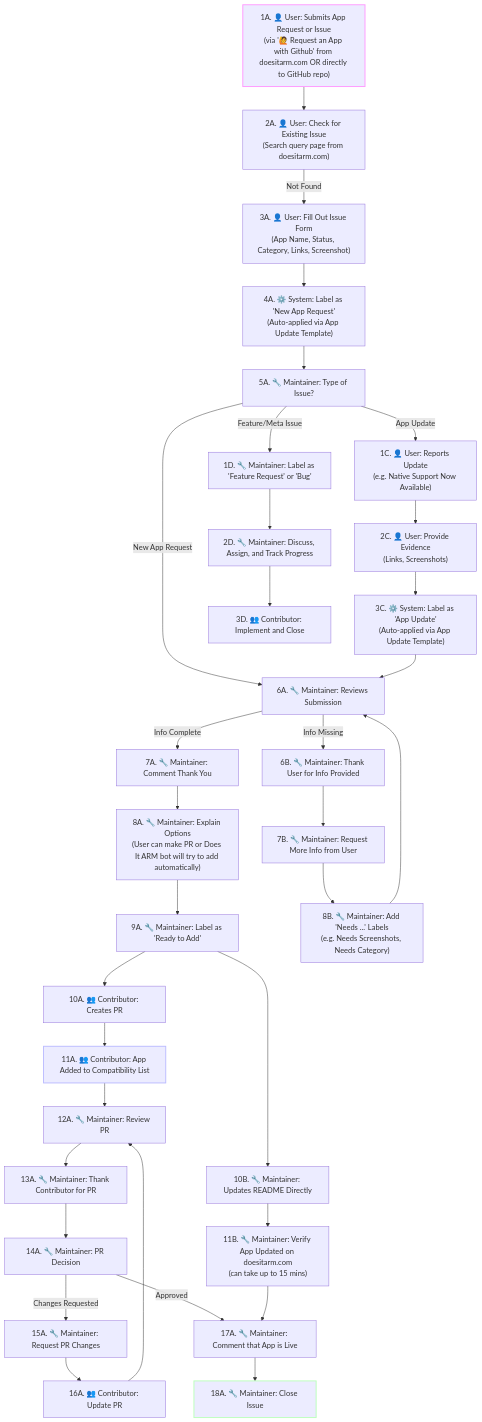
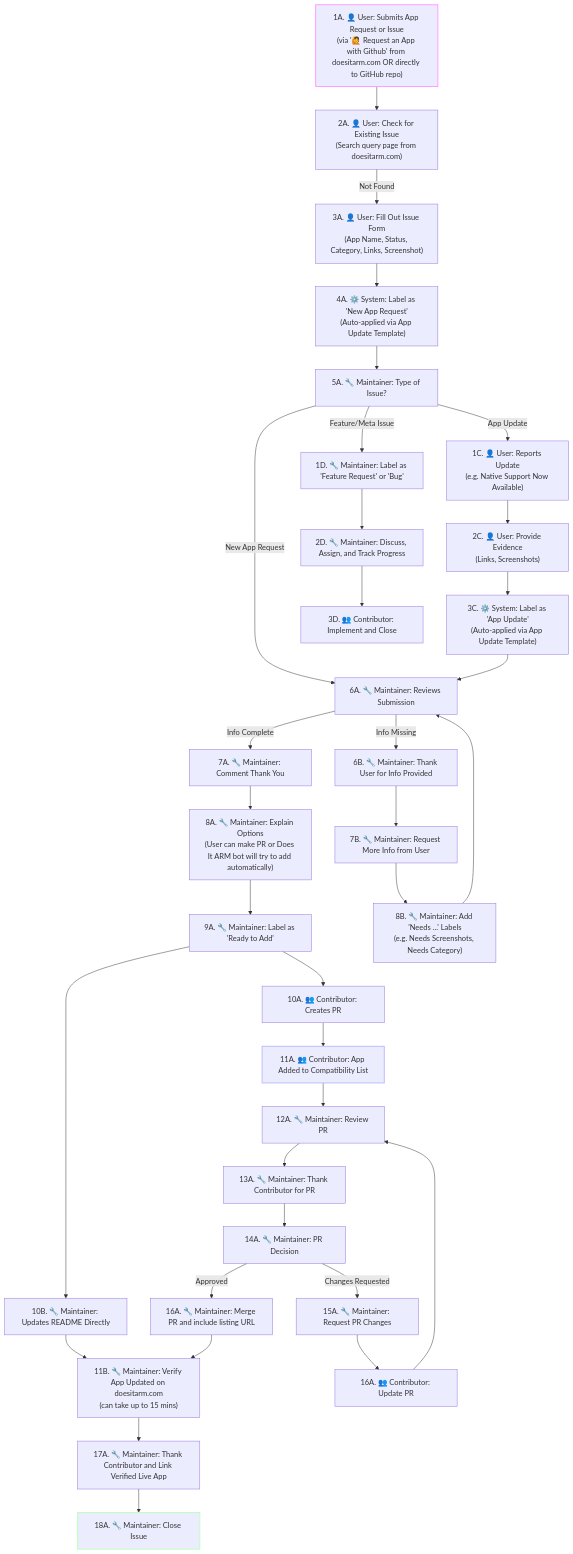
One commit to ThatGuySam/doesitarm changed the diagram in docs/app-flow.md. Above: the diagram before and after it, drawn with Mermaid. The commit also changed other lines of this file, not shown here.

Commit message:
Document direct app links and verified contributor follow-up

````diff
--- a/docs/app-flow.md
+++ b/docs/app-flow.md
@@ -16,42 +35,43 @@
 ```mermaid
 flowchart TD
     A["1A. 👤 User: Submits App Request or Issue<br/>(via '🙋 Request an App with Github' from doesitarm.com OR directly to GitHub repo)"] --> B["2A. 👤 User: Check for Existing Issue<br/>(Search query page from doesitarm.com)"]
     B -- Not Found --> C["3A. 👤 User: Fill Out Issue Form<br/>(App Name, Status, Category, Links, Screenshot)"]
     C --> D["4A. ⚙️ System: Label as 'New App Request'<br/>(Auto-applied via App Update Template)"]
     D --> E["5A. 🔧 Maintainer: Type of Issue?"]
     E -- New App Request --> F["6A. 🔧 Maintainer: Reviews Submission"]
     F -- Info Complete --> F2["7A. 🔧 Maintainer: Comment Thank You"]
     F2 --> F3["8A. 🔧 Maintainer: Explain Options<br/>(User can make PR or Does It ARM bot will try to add automatically)"]
     F3 --> G["9A. 🔧 Maintainer: Label as 'Ready to Add'"]
     F -- Info Missing --> H0["6B. 🔧 Maintainer: Thank User for Info Provided"]
     H0 --> H["7B. 🔧 Maintainer: Request More Info from User"]
     H --> H2["8B. 🔧 Maintainer: Add 'Needs ...' Labels<br/>(e.g. Needs Screenshots, Needs Category)"]
     H2 --> F
     
     G --> I["10A. 👥 Contributor: Creates PR"]
     G --> I2["10B. 🔧 Maintainer: Updates README Directly"]
     I --> J["11A. 👥 Contributor: App Added to Compatibility List"]
     I2 --> I3["11B. 🔧 Maintainer: Verify App Updated on doesitarm.com<br/>(can take up to 15 mins)"]
     J --> J1["12A. 🔧 Maintainer: Review PR"]
     J1 --> J2["13A. 🔧 Maintainer: Thank Contributor for PR"]
     J2 --> J3["14A. 🔧 Maintainer: PR Decision"]
     J3 -- Changes Requested --> J4["15A. 🔧 Maintainer: Request PR Changes"]
     J4 --> J5["16A. 👥 Contributor: Update PR"]
     J5 --> J1
-    J3 -- Approved --> L1["17A. 🔧 Maintainer: Comment that App is Live"]
-    I3 --> L1
+    J3 -- Approved --> J6["16A. 🔧 Maintainer: Merge PR and include listing URL"]
+    J6 --> I3
+    I3 --> L1["17A. 🔧 Maintainer: Thank Contributor and Link Verified Live App"]
     L1 --> K["18A. 🔧 Maintainer: Close Issue"]
 
     E -- App Update --> L["1C. 👤 User: Reports Update<br/>(e.g. Native Support Now Available)"]
     L --> M["2C. 👤 User: Provide Evidence<br/>(Links, Screenshots)"]
     M --> N["3C. ⚙️ System: Label as 'App Update'<br/>(Auto-applied via App Update Template)"]
     N --> F
 
     E -- Feature/Meta Issue --> O["1D. 🔧 Maintainer: Label as 'Feature Request' or 'Bug'"]
     O --> P["2D. 🔧 Maintainer: Discuss, Assign, and Track Progress"]
     P --> Q["3D. 👥 Contributor: Implement and Close"]
 
     style A stroke:#f9f,stroke-width:2px
     style J stroke:#bbf,stroke-width:2px
     style K stroke:#bfb,stroke-width:2px
 ```
````
